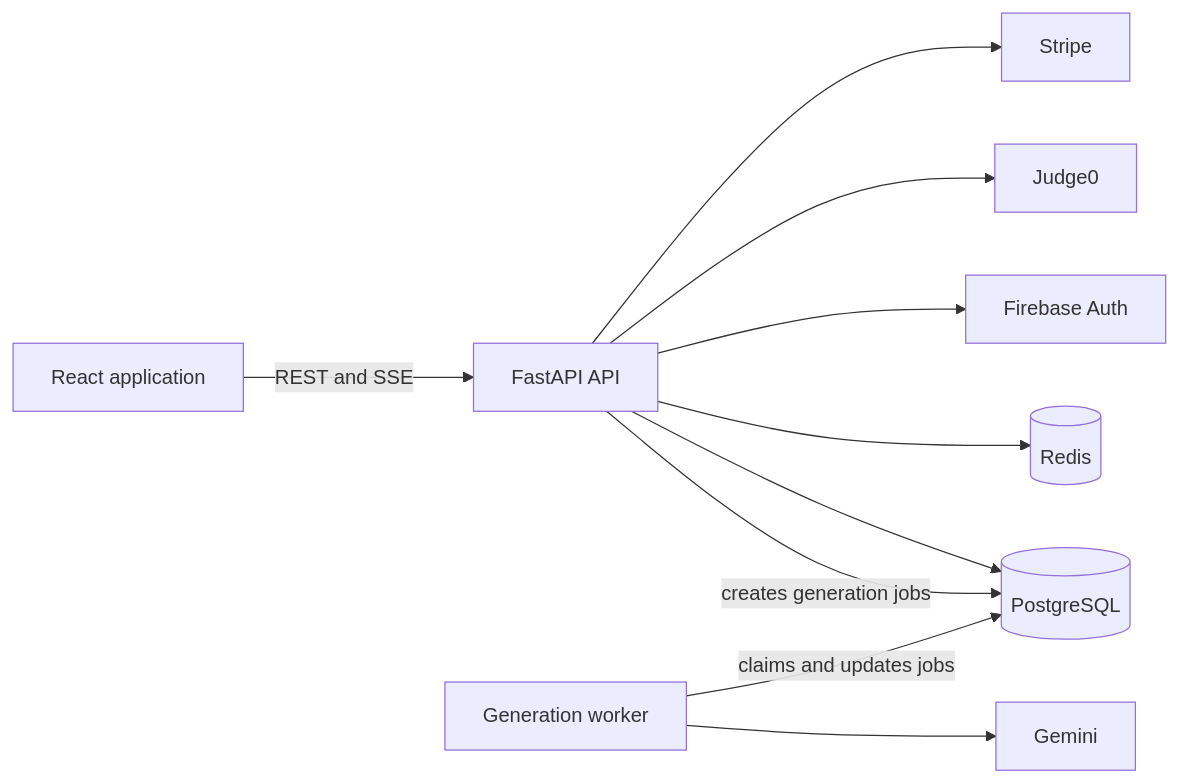
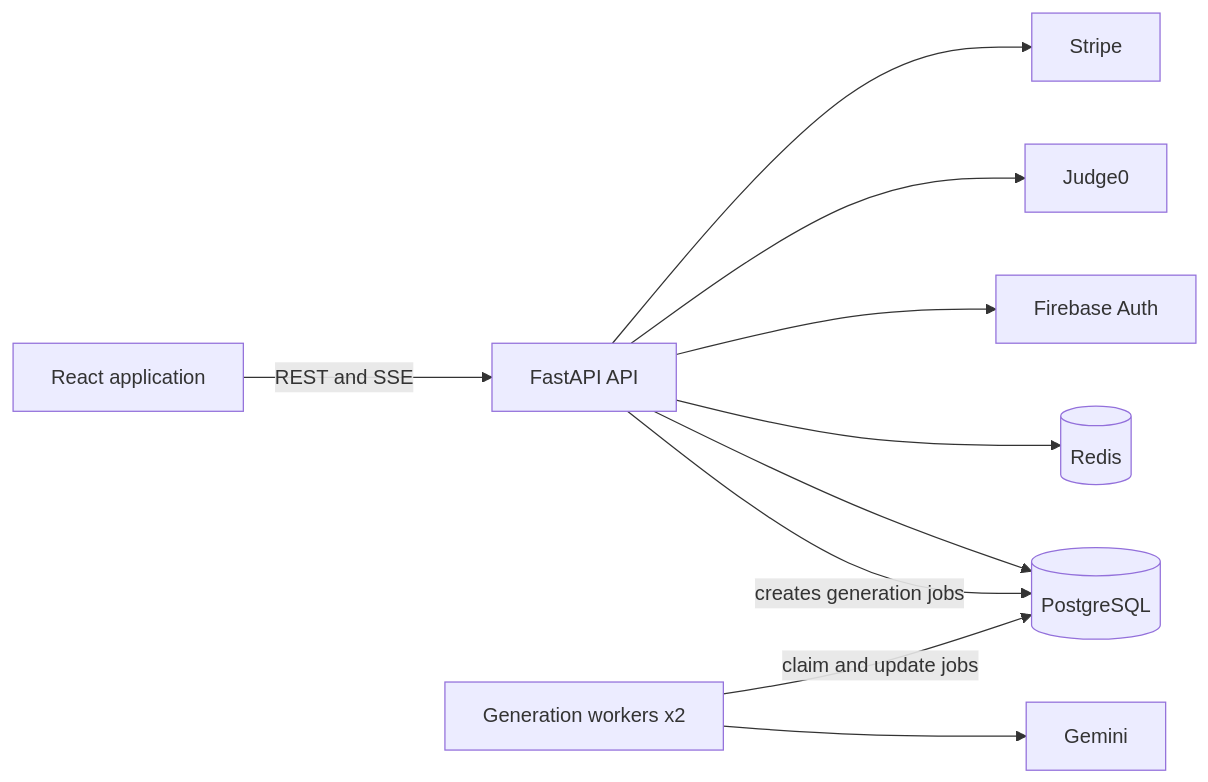
The diagram in README.md (Chiehling0214/Code-Learning-Assistant), drawn with Mermaid before and after one commit. The commit also changed other lines of this file and 17 other files, not shown here.

Commit message:
fix: restore placement flow and improve code selection contrast

````diff
--- a/README.md
+++ b/README.md
@@ -49,12 +49,12 @@
 ```mermaid
 flowchart LR
     Browser[React application] -->|REST and SSE| API[FastAPI API]
     API --> DB[(PostgreSQL)]
     API --> Cache[(Redis)]
     API --> Auth[Firebase Auth]
     API --> Judge[Judge0]
     API --> Billing[Stripe]
     API -->|creates generation jobs| DB
-    Worker[Generation worker] -->|claims and updates jobs| DB
+    Worker[Generation workers x2] -->|claim and update jobs| DB
     Worker --> AI[Gemini]
 ```
````
